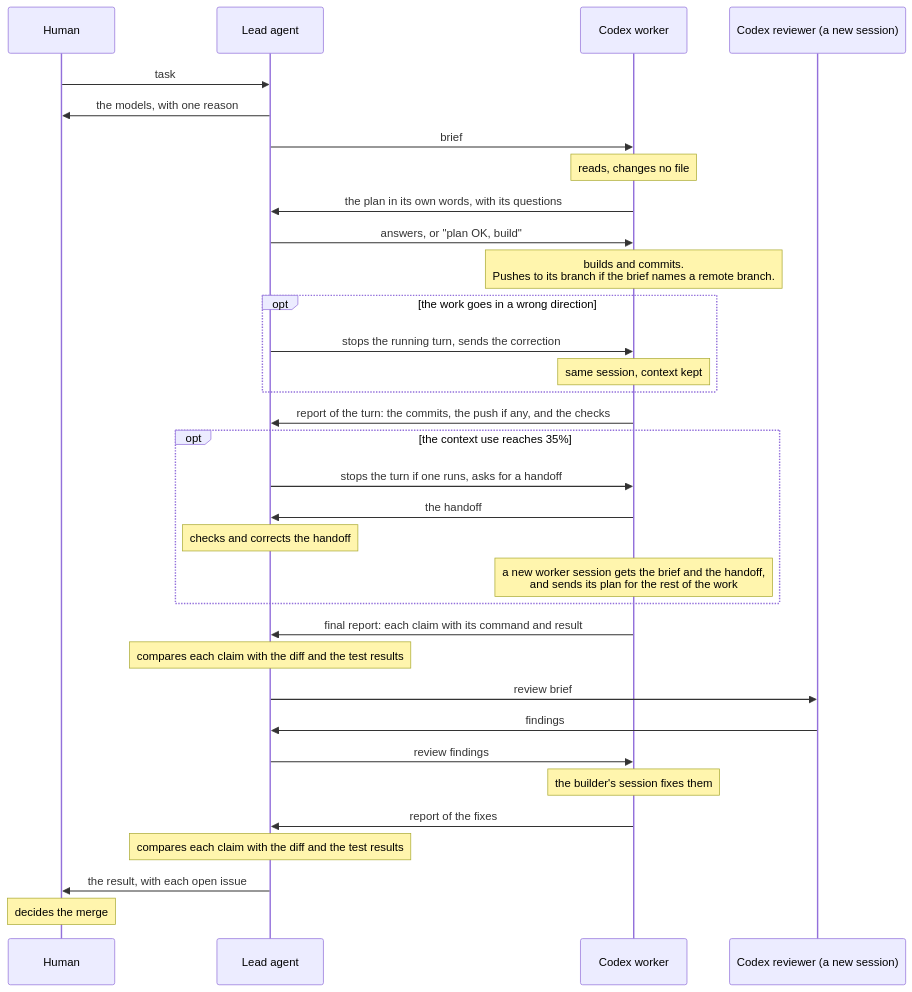
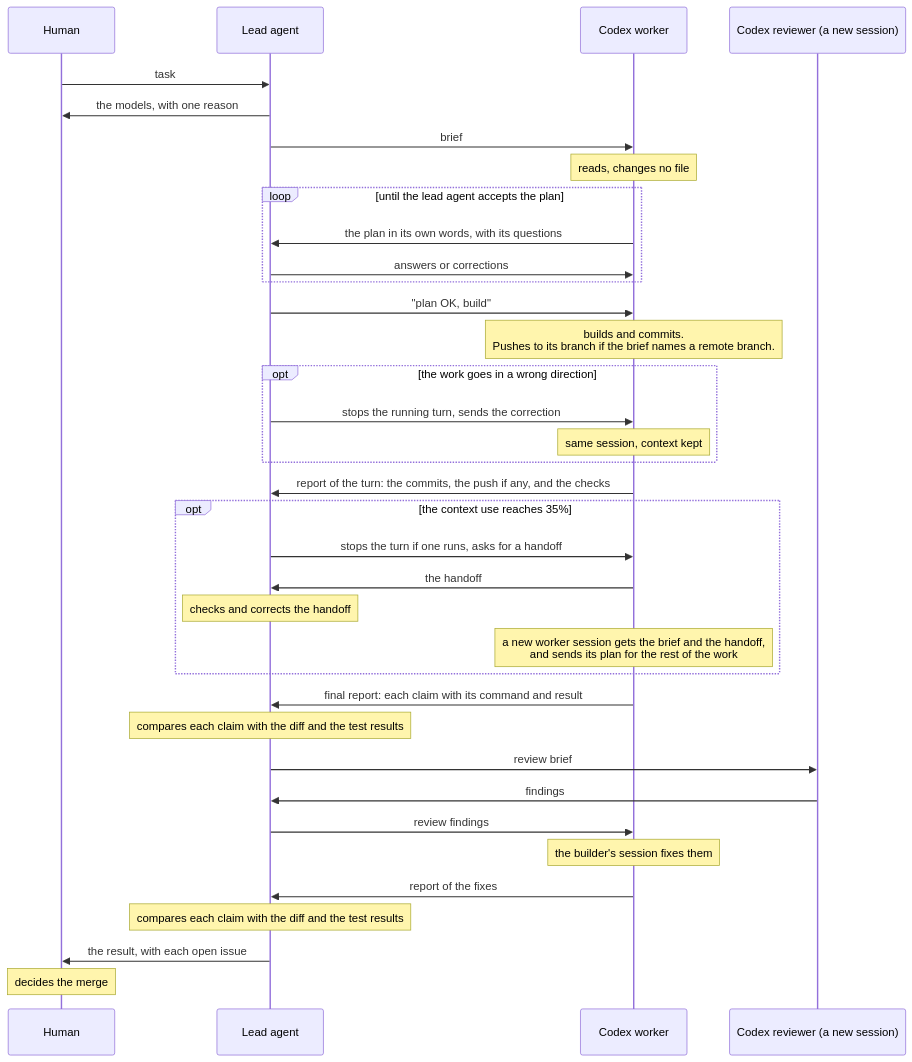
Before and after one commit to binhle312/cty1ng: the diagram in .agents/skills/codex-workers/GUIDE.md, drawn with Mermaid. The commit also changed other lines of this file and 1 other file, not shown here.

Commit message:
Fix the #150 guide points of the review against SKILL.md
T-3: the plan turn repeats until the lead agent accepts the plan, and
only then comes "plan OK, build". T-4: the lead agent's own change of
fewer than 5 lines, on a worktree with no other change, is in both
guides. T-5: a stop pauses only the work that depends on the item.

````diff
--- a/.agents/skills/codex-workers/GUIDE.md
+++ b/.agents/skills/codex-workers/GUIDE.md
@@ -19,36 +22,39 @@
 ```mermaid
 sequenceDiagram
   participant H as Human
   participant L as Lead agent
   participant W as Codex worker
   participant R as Codex reviewer (a new session)
 
   H->>L: task
   L->>H: the models, with one reason
   L->>W: brief
   Note over W: reads, changes no file
-  W->>L: the plan in its own words, with its questions
-  L->>W: answers, or "plan OK, build"
+  loop until the lead agent accepts the plan
+    W->>L: the plan in its own words, with its questions
+    L->>W: answers or corrections
+  end
+  L->>W: "plan OK, build"
   Note over W: builds and commits.<br/>Pushes to its branch if the brief names a remote branch.
   opt the work goes in a wrong direction
     L->>W: stops the running turn, sends the correction
     Note over W: same session, context kept
   end
   W->>L: report of the turn: the commits, the push if any, and the checks
   opt the context use reaches 35%
     L->>W: stops the turn if one runs, asks for a handoff
     W->>L: the handoff
     Note over L: checks and corrects the handoff
     Note over W: a new worker session gets the brief and the handoff,<br/>and sends its plan for the rest of the work
   end
   W->>L: final report: each claim with its command and result
   Note over L: compares each claim with the diff and the test results
   L->>R: review brief
   R->>L: findings
   L->>W: review findings
   Note over W: the builder's session fixes them
   W->>L: report of the fixes
   Note over L: compares each claim with the diff and the test results
   L->>H: the result, with each open issue
   Note over H: decides the merge
 ```
````
